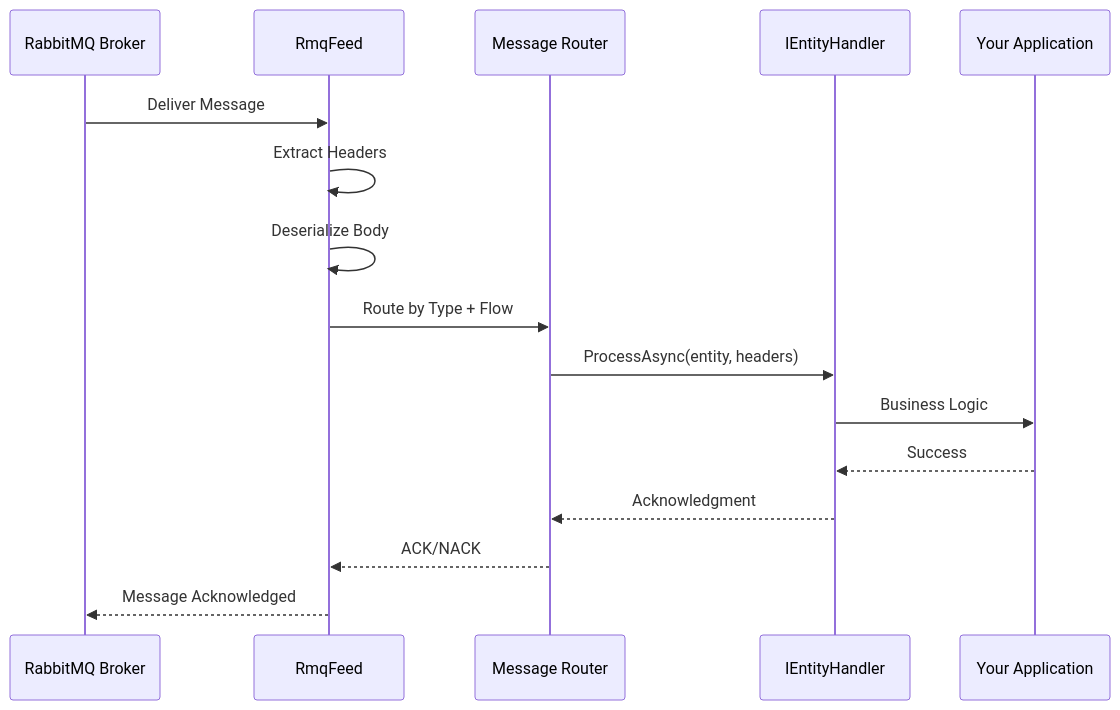
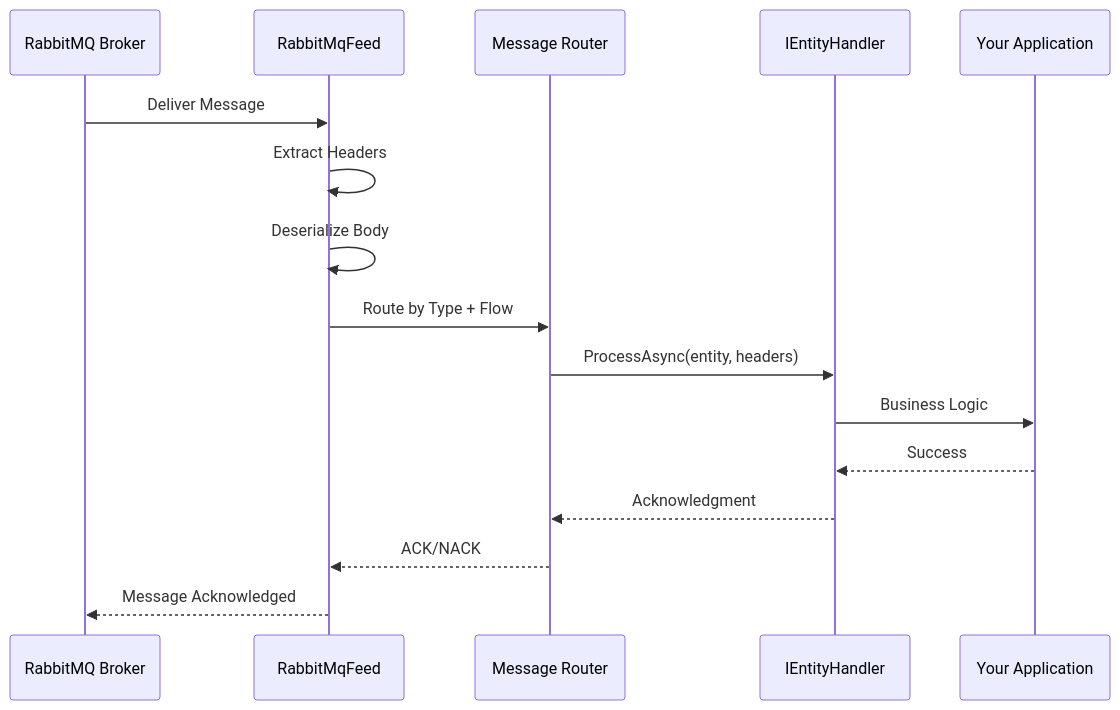
Before and after one commit to lsportsltd/trade360-dotnet-sdk: the third of 4 diagrams in README.md, drawn with Mermaid. The commit also changed other lines of this file and 14 other files, not shown here.

````diff
--- a/README.md
+++ b/README.md
@@ -428,19 +428,19 @@
 ```mermaid
 sequenceDiagram
     participant RMQ as RabbitMQ Broker
-    participant Feed as RmqFeed
+    participant Feed as RabbitMqFeed
     participant Router as Message Router
     participant Handler as IEntityHandler
     participant App as Your Application
     
     RMQ->>Feed: Deliver Message
     Feed->>Feed: Extract Headers
     Feed->>Feed: Deserialize Body
     Feed->>Router: Route by Type + Flow
     Router->>Handler: ProcessAsync(entity, headers)
     Handler->>App: Business Logic
     App-->>Handler: Success
     Handler-->>Router: Acknowledgment
     Router-->>Feed: ACK/NACK
     Feed-->>RMQ: Message Acknowledged
 ```
````
